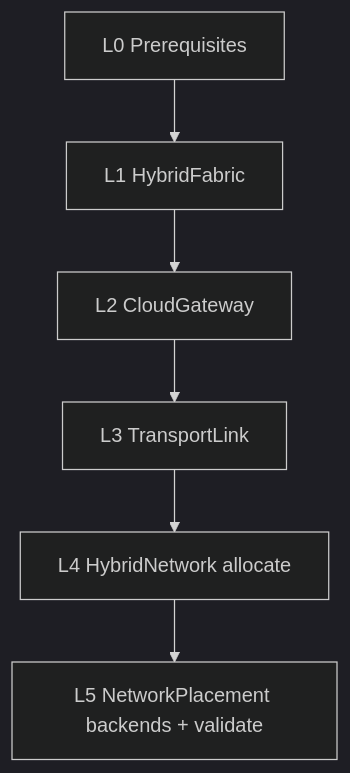
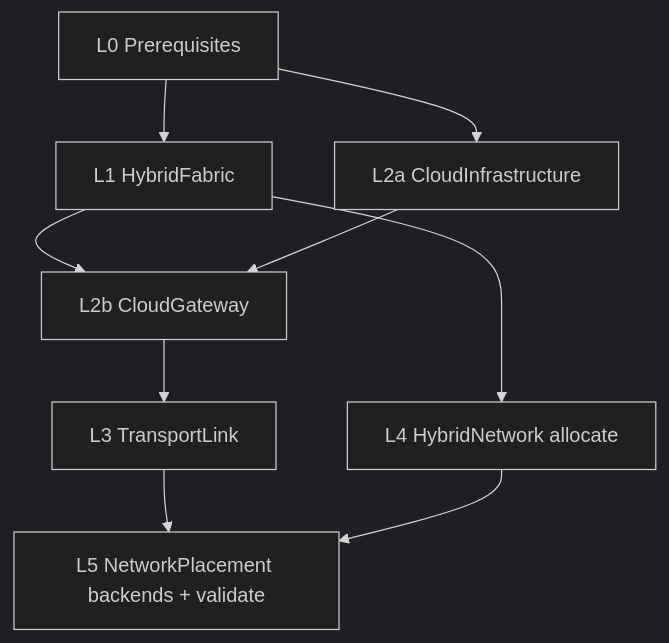
One commit to hybrid-sovereign-cloud/hybridcloud-demojam changed the fifth of 11 diagrams in design/fabric.md. Above: the diagram before and after it, drawn with Mermaid (dark theme). The commit also changed other lines of this file and 9 other files, not shown here.

Commit message:
docs: workshop labs and design doc for the CloudInfrastructure model and the hub CloudVirt spoke

````diff
--- a/design/fabric.md
+++ b/design/fabric.md
@@ -286,8 +295,11 @@
 ```mermaid
 flowchart TB
   L0[L0 Prerequisites] --> L1[L1 HybridFabric]
-  L1 --> L2[L2 CloudGateway]
-  L2 --> L3[L3 TransportLink]
-  L3 --> L4[L4 HybridNetwork allocate]
-  L4 --> L5[L5 NetworkPlacement backends + validate]
+  L0 --> L2a[L2a CloudInfrastructure]
+  L1 --> L2b[L2b CloudGateway]
+  L2a --> L2b
+  L2b --> L3[L3 TransportLink]
+  L1 --> L4[L4 HybridNetwork allocate]
+  L3 --> L5[L5 NetworkPlacement backends + validate]
+  L4 --> L5
 ```
````
